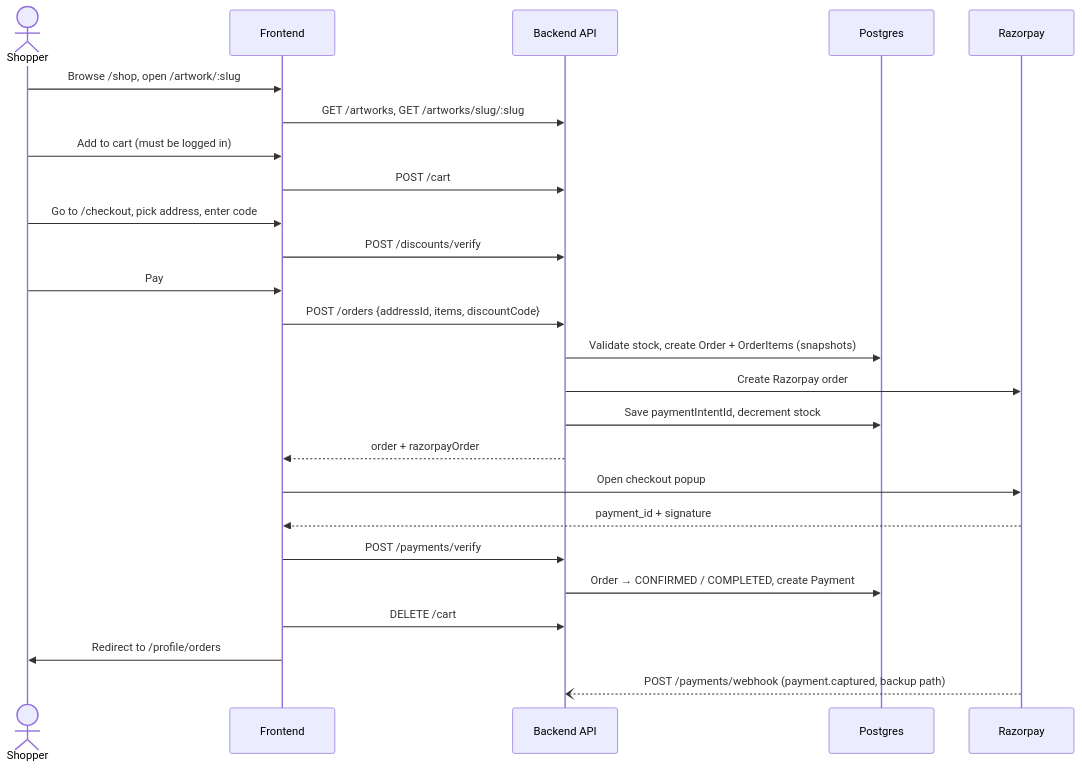
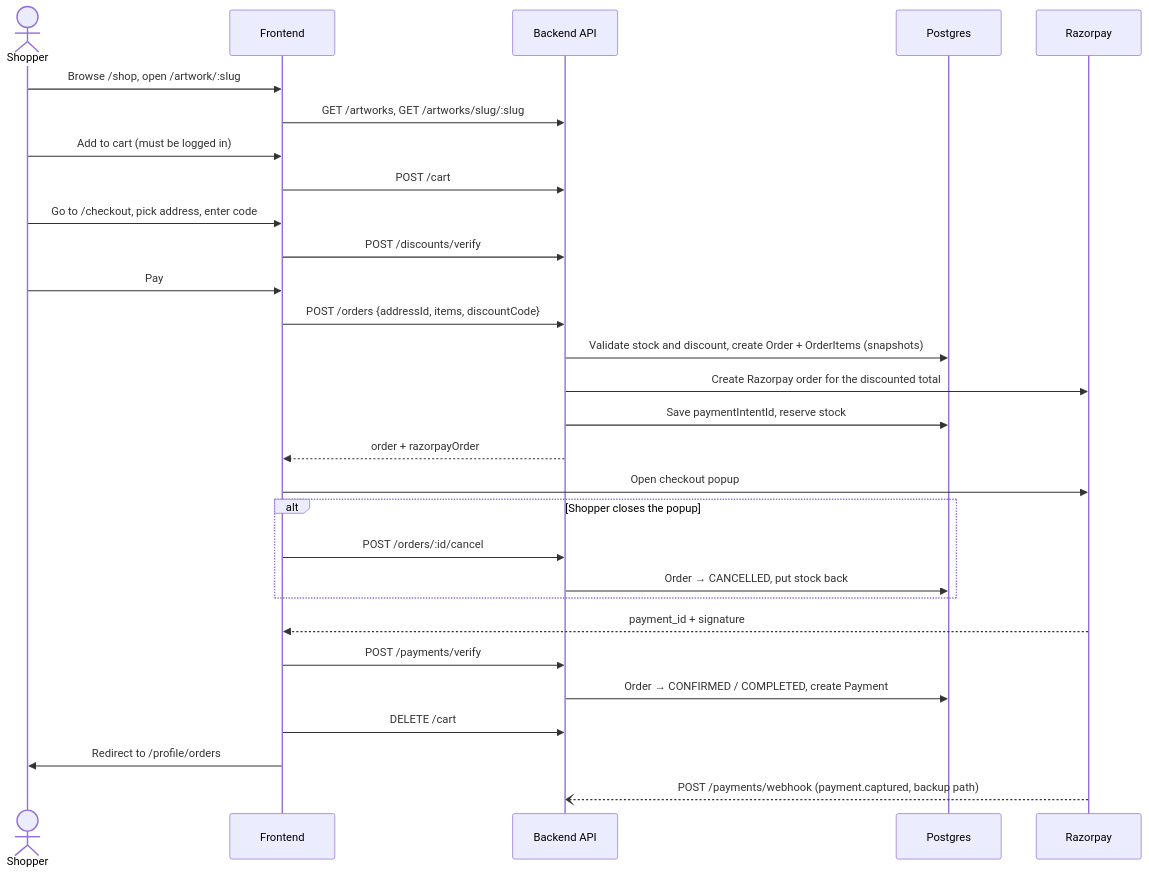
The second of 2 diagrams in README.md (fal4782/art-store), drawn with Mermaid before and after one commit. The commit also changed other lines of this file, not shown here.

````diff
--- a/README.md
+++ b/README.md
@@ -112,28 +123,32 @@
 ```mermaid
 sequenceDiagram
     actor S as Shopper
     participant FE as Frontend
     participant API as Backend API
     participant DB as Postgres
     participant RZ as Razorpay
 
     S->>FE: Browse /shop, open /artwork/:slug
     FE->>API: GET /artworks, GET /artworks/slug/:slug
     S->>FE: Add to cart (must be logged in)
     FE->>API: POST /cart
     S->>FE: Go to /checkout, pick address, enter code
     FE->>API: POST /discounts/verify
     S->>FE: Pay
     FE->>API: POST /orders {addressId, items, discountCode}
-    API->>DB: Validate stock, create Order + OrderItems (snapshots)
-    API->>RZ: Create Razorpay order
-    API->>DB: Save paymentIntentId, decrement stock
+    API->>DB: Validate stock and discount, create Order + OrderItems (snapshots)
+    API->>RZ: Create Razorpay order for the discounted total
+    API->>DB: Save paymentIntentId, reserve stock
     API-->>FE: order + razorpayOrder
     FE->>RZ: Open checkout popup
+    alt Shopper closes the popup
+        FE->>API: POST /orders/:id/cancel
+        API->>DB: Order → CANCELLED, put stock back
+    end
     RZ-->>FE: payment_id + signature
     FE->>API: POST /payments/verify
     API->>DB: Order → CONFIRMED / COMPLETED, create Payment
     FE->>API: DELETE /cart
     FE->>S: Redirect to /profile/orders
     RZ--)API: POST /payments/webhook (payment.captured, backup path)
 ```
````
